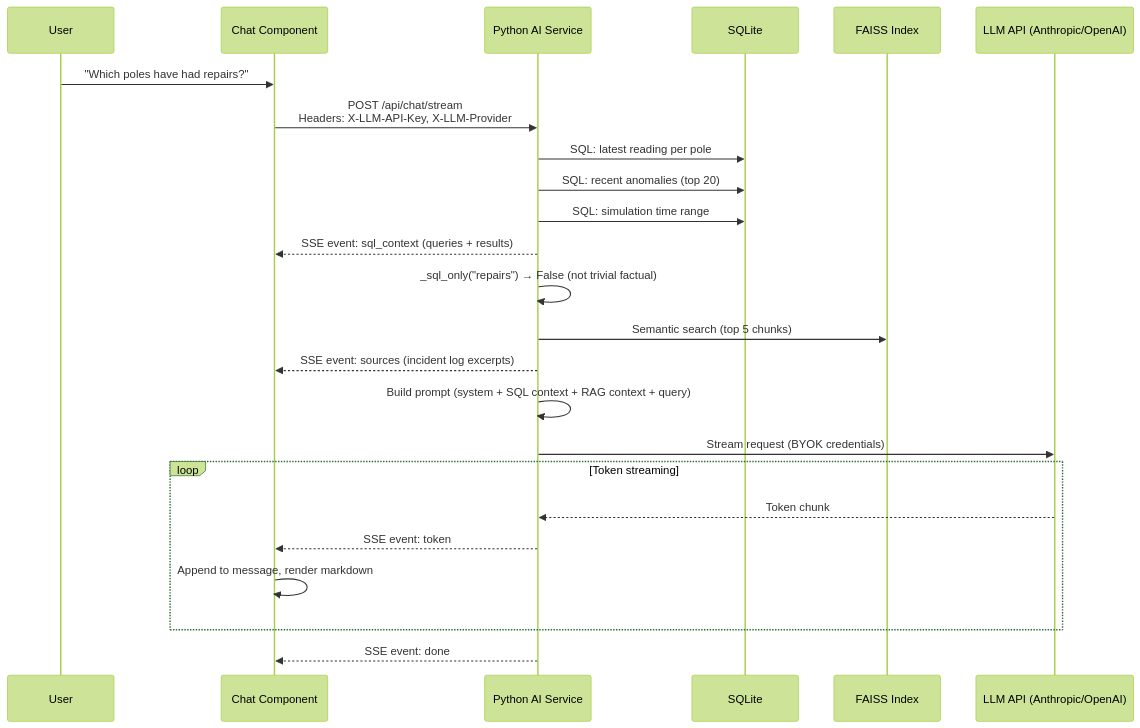
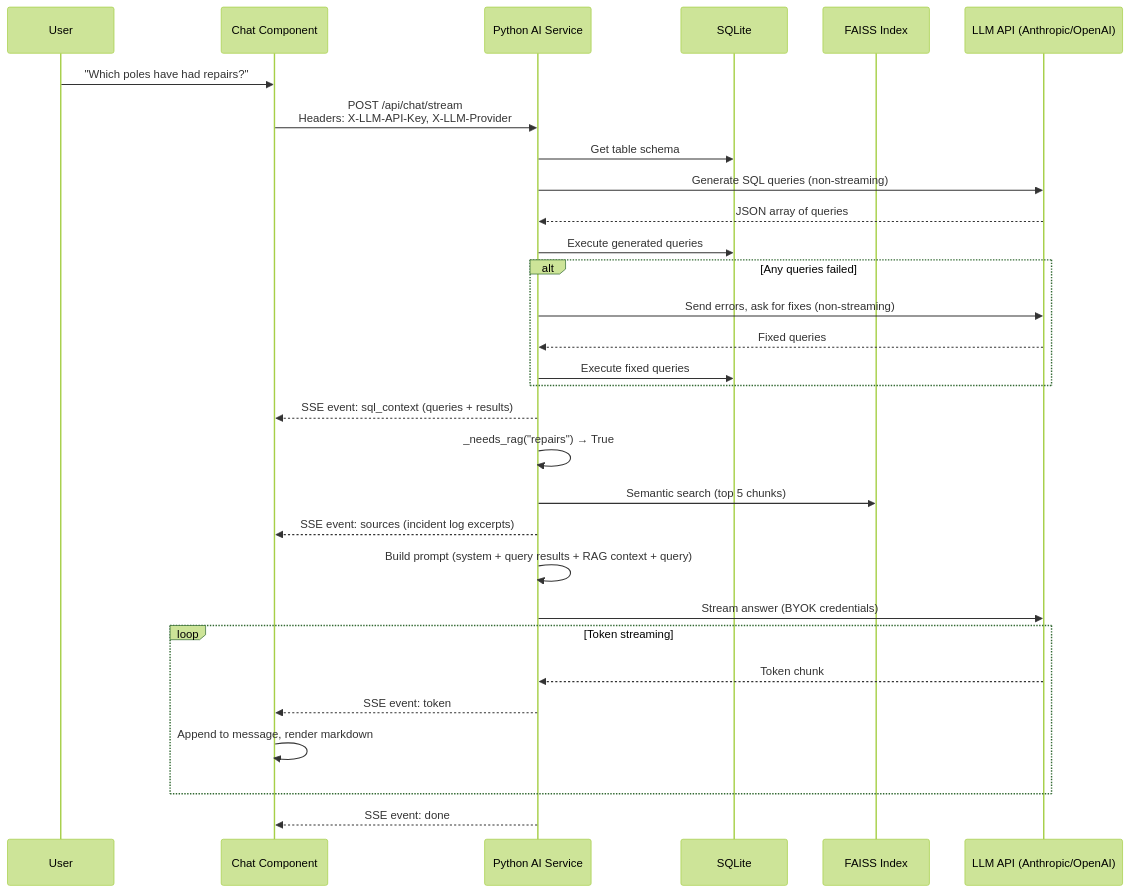
One commit to Muchagato/CogniLight changed the fourth of 4 diagrams in docs/docs/architecture/data-flow.md. Above: the diagram before and after it, drawn with Mermaid (forest theme). The commit also changed other lines of this file and 8 other files, not shown here.

First line of the commit message:
feat(ai-service): replace hardcoded SQL with LLM-generated text-to-SQL queries

````diff
--- a/docs/docs/architecture/data-flow.md
+++ b/docs/docs/architecture/data-flow.md
@@ -124,32 +124,38 @@
 ```mermaid
 sequenceDiagram
     participant User
     participant FE as Chat Component
     participant AI as Python AI Service
     participant DB as SQLite
     participant FAISS as FAISS Index
     participant LLM as LLM API (Anthropic/OpenAI)
 
     User->>FE: "Which poles have had repairs?"
     FE->>AI: POST /api/chat/stream<br/>Headers: X-LLM-API-Key, X-LLM-Provider
 
-    AI->>DB: SQL: latest reading per pole
-    AI->>DB: SQL: recent anomalies (top 20)
-    AI->>DB: SQL: simulation time range
+    AI->>DB: Get table schema
+    AI->>LLM: Generate SQL queries (non-streaming)
+    LLM-->>AI: JSON array of queries
+    AI->>DB: Execute generated queries
+    alt Any queries failed
+        AI->>LLM: Send errors, ask for fixes (non-streaming)
+        LLM-->>AI: Fixed queries
+        AI->>DB: Execute fixed queries
+    end
     AI-->>FE: SSE event: sql_context (queries + results)
 
-    AI->>AI: _sql_only("repairs") → False (not trivial factual)
+    AI->>AI: _needs_rag("repairs") → True
     AI->>FAISS: Semantic search (top 5 chunks)
     AI-->>FE: SSE event: sources (incident log excerpts)
 
-    AI->>AI: Build prompt (system + SQL context + RAG context + query)
-    AI->>LLM: Stream request (BYOK credentials)
+    AI->>AI: Build prompt (system + query results + RAG context + query)
+    AI->>LLM: Stream answer (BYOK credentials)
 
     loop Token streaming
         LLM-->>AI: Token chunk
         AI-->>FE: SSE event: token
         FE->>FE: Append to message, render markdown
     end
 
     AI-->>FE: SSE event: done
 ```
````
